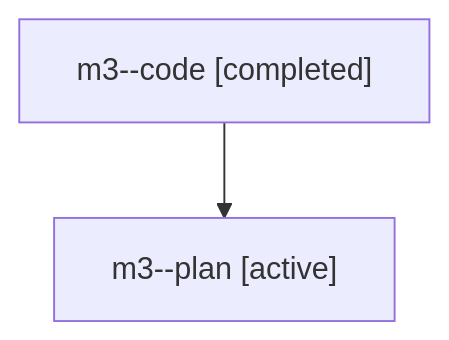
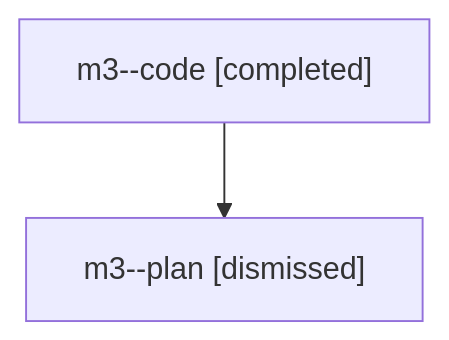
Before and after one commit to bobs-org/bob-cli--agents: the diagram in sessions/bbugyi200.athena.m3.md, drawn with Mermaid. The commit also changed other lines of this file and 36 other files, not shown here.

````diff
--- a/sessions/bbugyi200.athena.m3.md
+++ b/sessions/bbugyi200.athena.m3.md
@@ -9,6 +9,6 @@
 ```mermaid
 flowchart TD
   n0["m3--code [completed]"]
-  n1["m3--plan [active]"]
+  n1["m3--plan [dismissed]"]
   n0 --> n1
 ```
````
